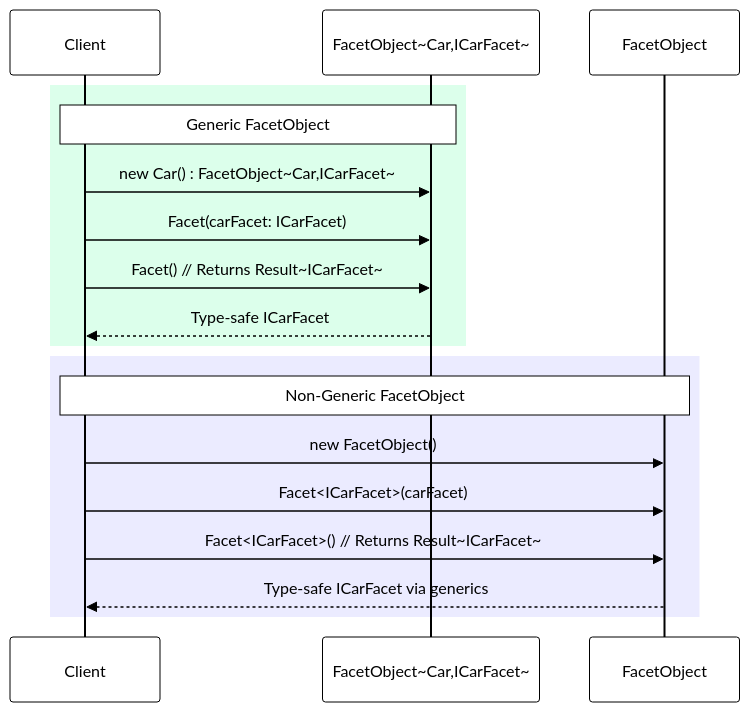
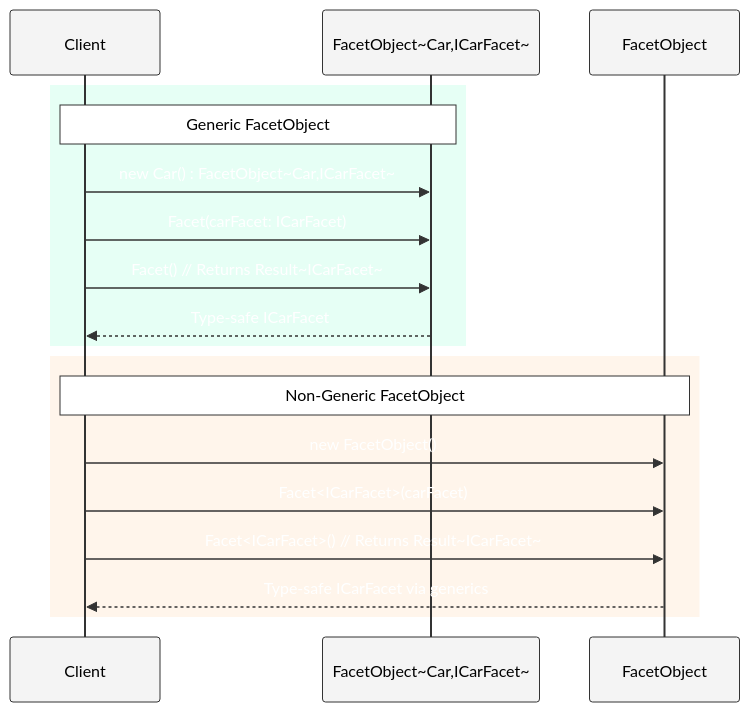
The sixth of 6 diagrams in Object.Biz/doc/ARCHITECTURE.md (FrenchExDev/FrenchExDev.Net), drawn with Mermaid before and after one commit. The commit also changed other lines of this file and 4 other files, not shown here.

````diff
--- a/Object.Biz/doc/ARCHITECTURE.md
+++ b/Object.Biz/doc/ARCHITECTURE.md
@@ -240,23 +240,23 @@
 ```mermaid
-%%{init: {'theme':'base', 'themeVariables': { 'primaryColor':'#fff','primaryTextColor':'#000','primaryBorderColor':'#000','lineColor':'#000','secondaryColor':'#f4f4f4','tertiaryColor':'#f4f4f4','noteTextColor':'#000','noteBkgColor':'#fff','noteBorderColor':'#000','actorTextColor':'#000','actorLineColor':'#000','signalColor':'#000','signalTextColor':'#000','labelBoxBkgColor':'#f4f4f4','labelBoxBorderColor':'#000','labelTextColor':'#000','loopTextColor':'#000','activationBorderColor':'#000','activationBkgColor':'#f4f4f4','sequenceNumberColor':'#000'}}}%%
+%%{init: {'theme':'base', 'themeVariables': { 'fontFamily':'arial','fontSize':'14px','primaryColor':'#fff','primaryTextColor':'#000','primaryBorderColor':'#333','lineColor':'#333','secondaryColor':'#fff','tertiaryColor':'#fff','noteTextColor':'#000','noteBkgColor':'#fff','noteBorderColor':'#333','actorBkg':'#f4f4f4','actorBorder':'#333','actorTextColor':'#000','actorLineColor':'#333','signalColor':'#333','signalTextColor':'#fff','labelBoxBkgColor':'#f4f4f4','labelBoxBorderColor':'#333','labelTextColor':'#000','loopTextColor':'#000','activationBorderColor':'#333','activationBkgColor':'#e8e8e8','sequenceNumberColor':'#fff','altLabelBkgColor':'#f4f4f4','altLabelBorderColor':'#333'}}}%%
 sequenceDiagram
     participant Client
     participant GenericCar as FacetObject~Car,ICarFacet~
     participant NonGenericCar as FacetObject
     
-    rect rgb(220, 255, 235)
+    rect rgb(230, 255, 245)
     Note over Client,GenericCar: Generic FacetObject
     Client->>GenericCar: new Car() : FacetObject~Car,ICarFacet~
     Client->>GenericCar: Facet(carFacet: ICarFacet)
     Client->>GenericCar: Facet() // Returns Result~ICarFacet~
     GenericCar-->>Client: Type-safe ICarFacet
     end
     
-    rect rgb(235, 235, 255)
+    rect rgb(255, 245, 235)
     Note over Client,NonGenericCar: Non-Generic FacetObject
     Client->>NonGenericCar: new FacetObject()
     Client->>NonGenericCar: Facet<ICarFacet>(carFacet)
     Client->>NonGenericCar: Facet<ICarFacet>() // Returns Result~ICarFacet~
     NonGenericCar-->>Client: Type-safe ICarFacet via generics
     end
 ```
````
